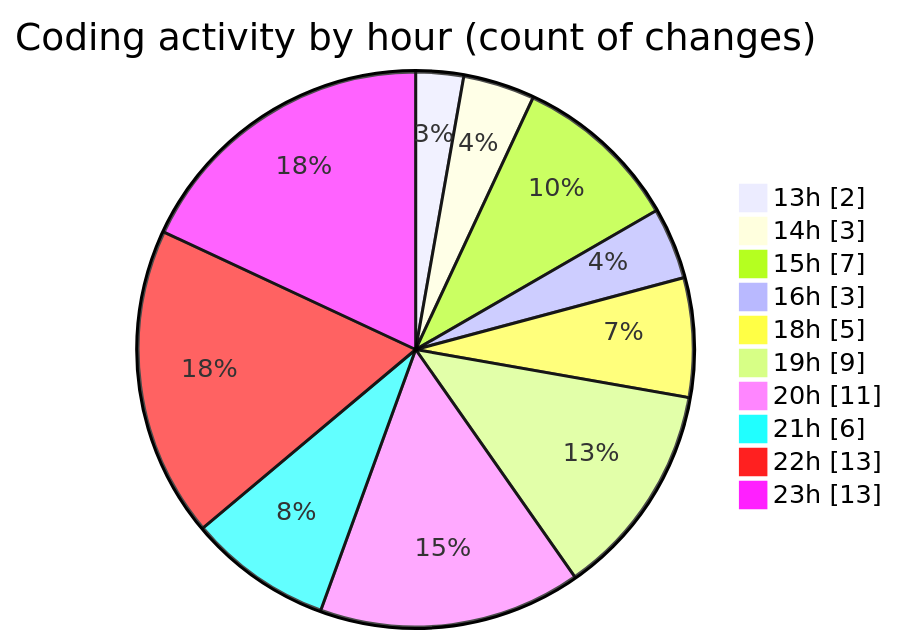
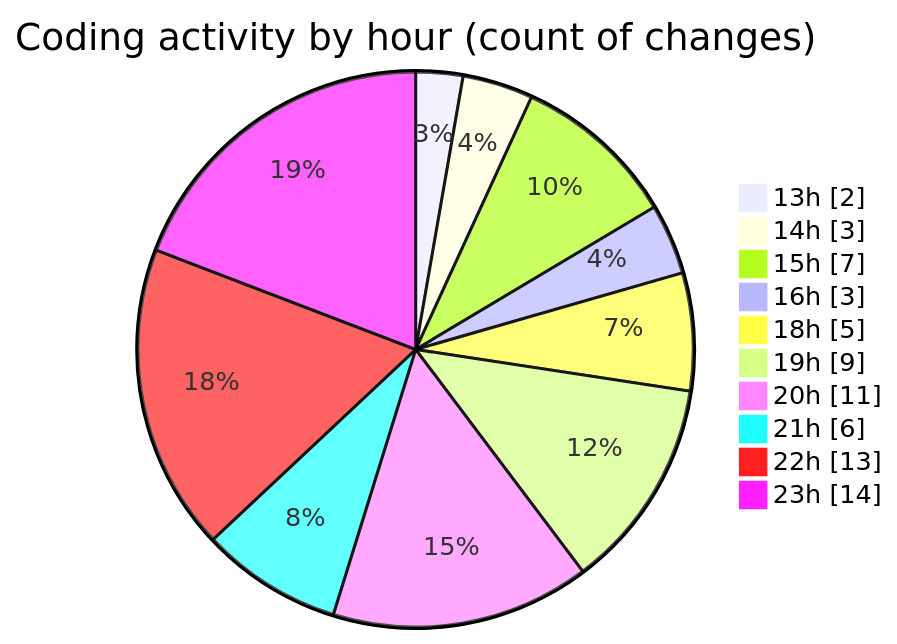
Before and after one commit to julien-gomy/code-tracking: the second of 2 diagrams in 2025-11-14/cdp_aleoudev_fr__workspace_/README.md, drawn with Mermaid. The commit also changed other lines of this file and 1 other file, not shown here.

````diff
--- a/2025-11-14/cdp_aleoudev_fr__workspace_/README.md
+++ b/2025-11-14/cdp_aleoudev_fr__workspace_/README.md
@@ -45,14 +46,14 @@
 ```mermaid
 pie showData
 title Coding activity by hour (count of changes)
 "13h" : 2
 "14h" : 3
 "15h" : 7
 "16h" : 3
 "18h" : 5
 "19h" : 9
 "20h" : 11
 "21h" : 6
 "22h" : 13
-"23h" : 13
+"23h" : 14
 ```
````
